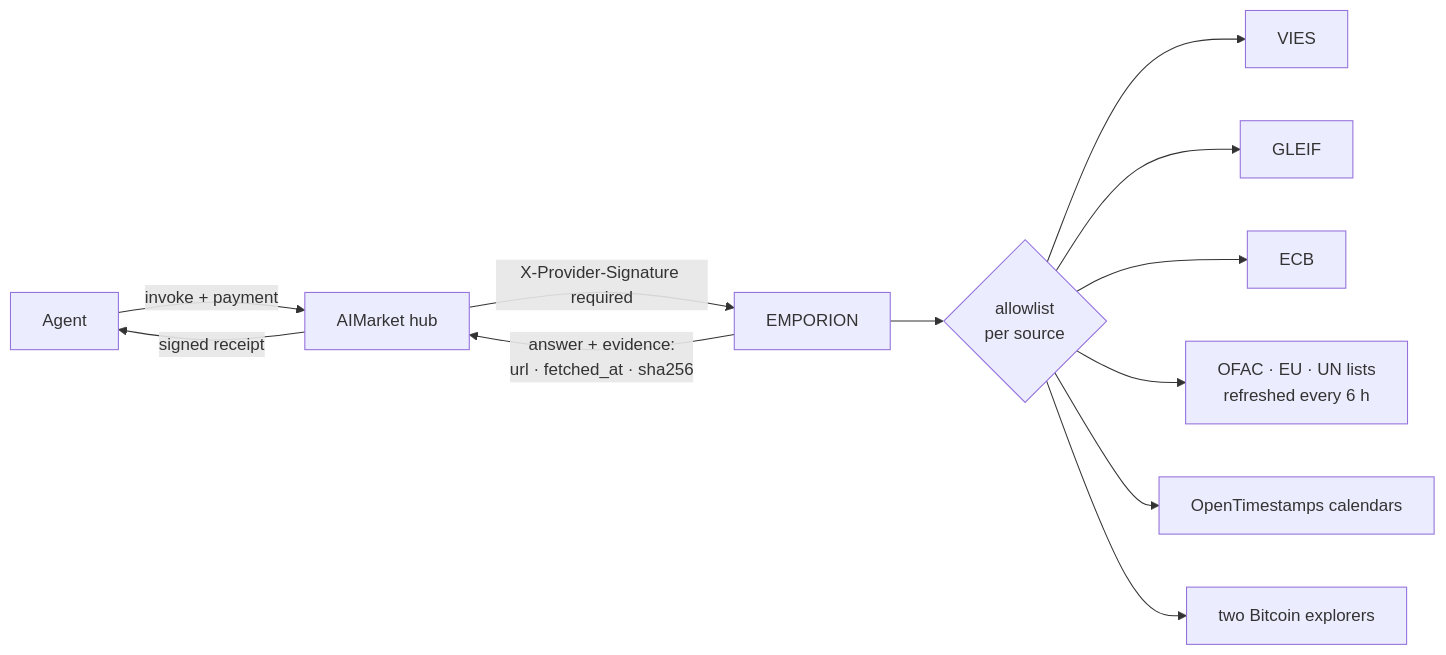
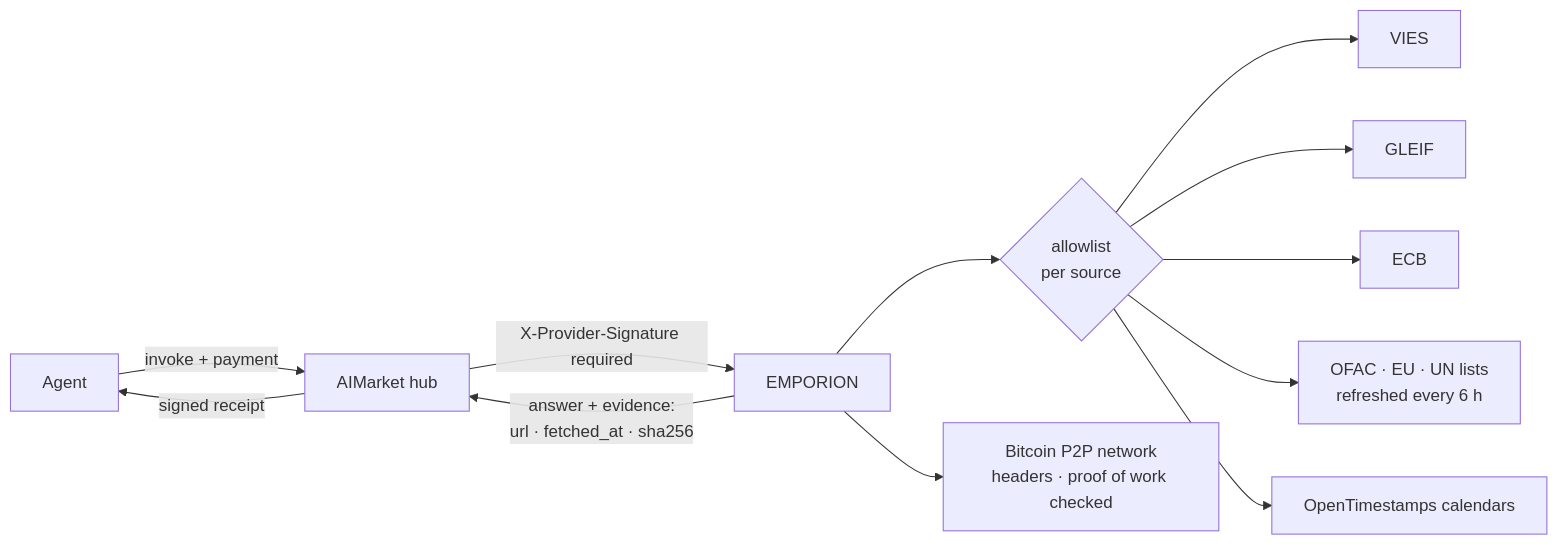
Before and after one commit to alexar76/emporion: the first of 3 diagrams in README.md, drawn with Mermaid. The commit also changed other lines of this file and 26 other files, not shown here.

````diff
--- a/README.md
+++ b/README.md
@@ -63,14 +63,14 @@
 ```mermaid
 flowchart LR
     A[Agent] -->|invoke + payment| H[AIMarket hub]
     H -->|X-Provider-Signature required| E[EMPORION]
     E --> N{allowlist<br/>per source}
     N --> V[VIES]
     N --> G[GLEIF]
     N --> C[ECB]
     N --> S[OFAC · EU · UN lists<br/>refreshed every 6 h]
     N --> O[OpenTimestamps calendars]
-    N --> X[two Bitcoin explorers]
+    E --> X[Bitcoin P2P network<br/>headers · proof of work checked]
     E -->|answer + evidence:<br/>url · fetched_at · sha256| H
     H -->|signed receipt| A
 ```
````
